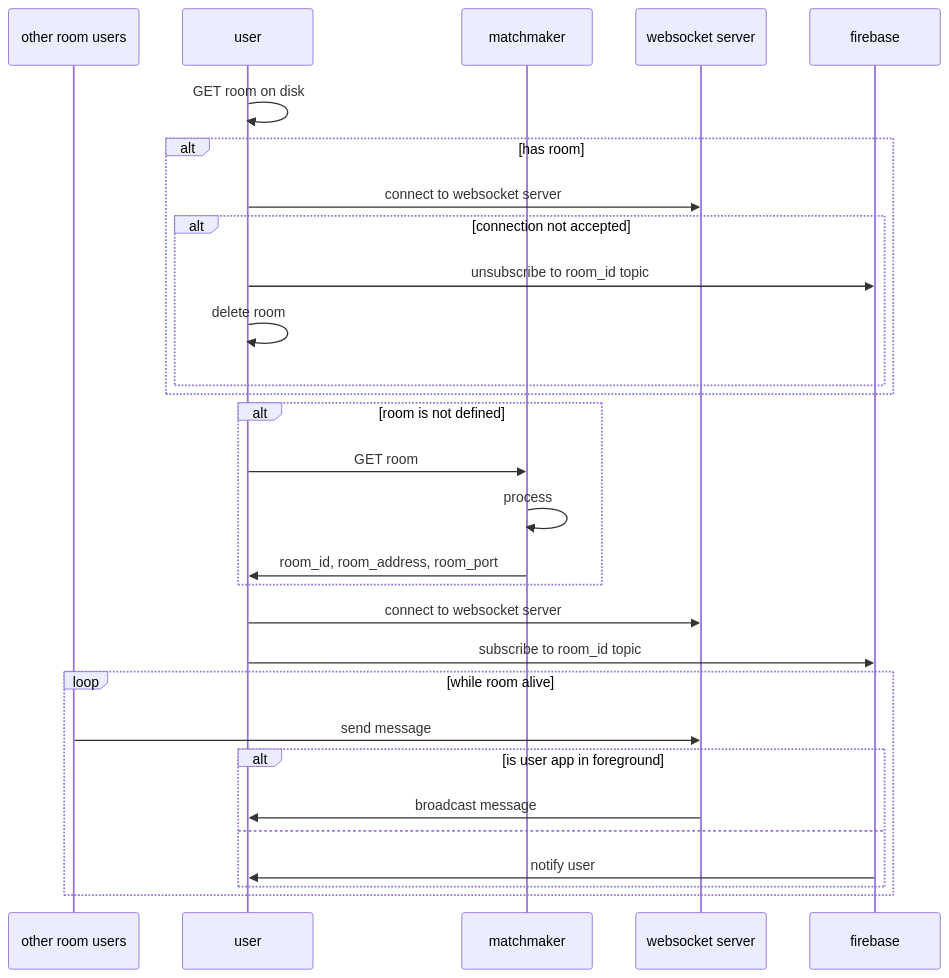
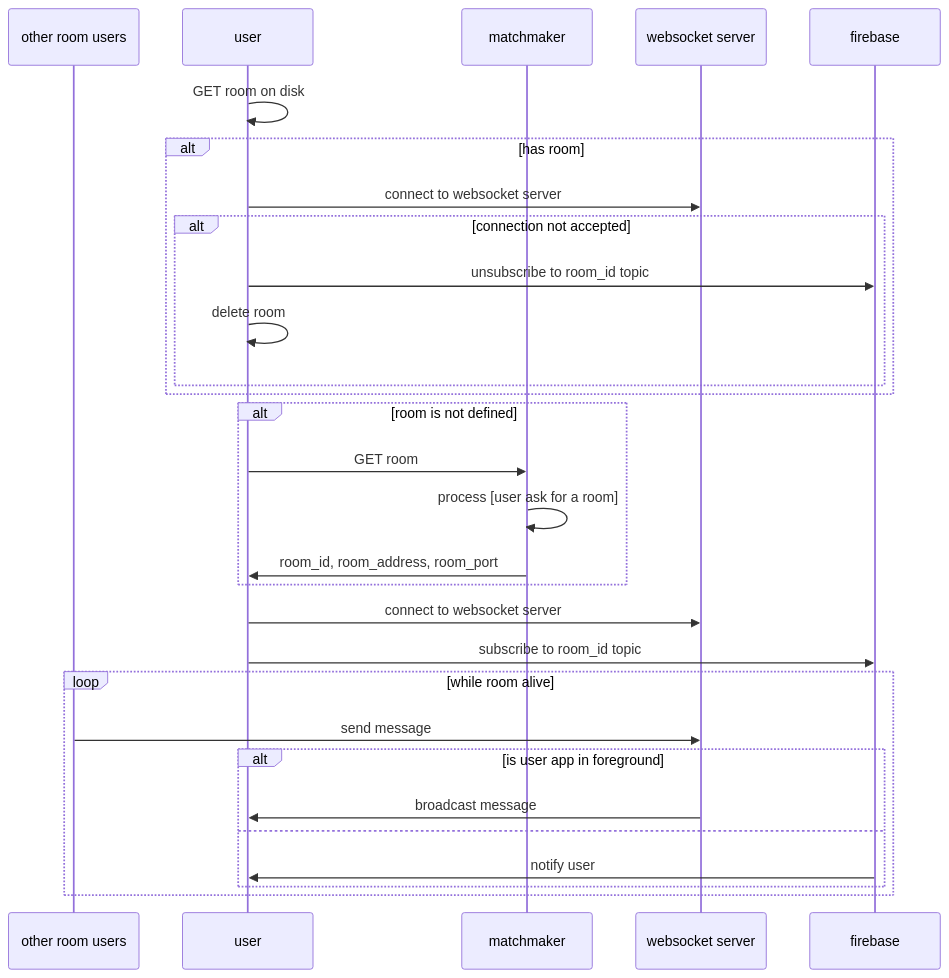
One commit to AdrKacz/super-duper-guacamole changed the third of 5 diagrams in README.md. Above: the diagram before and after it, drawn with Mermaid. The commit also changed other lines of this file, not shown here.

````diff
--- a/README.md
+++ b/README.md
@@ -114,32 +53,32 @@
 ```mermaid
 sequenceDiagram
     participant oth as other room users
     participant u as user
     participant m as matchmaker
     participant s as websocket server
     participant f as firebase
-    link m: process @ https://github.com/AdrKacz/super-duper-guacamole#user-ask-for-a-room
     u ->> u: GET room on disk
     alt has room
         u ->> s: connect to websocket server
         alt connection not accepted
             u ->> f: unsubscribe to room_id topic
             u ->> u: delete room
         end
     end
     alt room is not defined
         u ->> m: GET room
-        m ->> m: process
+        m ->> m: process [user ask for a room]
         m ->> u: room_id, room_address, room_port
     end
     u ->> s: connect to websocket server
     u ->> f: subscribe to room_id topic
     loop while room alive
         oth ->> s: send message
         alt is user app in foreground
             s ->> u: broadcast message
         else
             f ->> u: notify user
         end
     end
+
 ```
````
